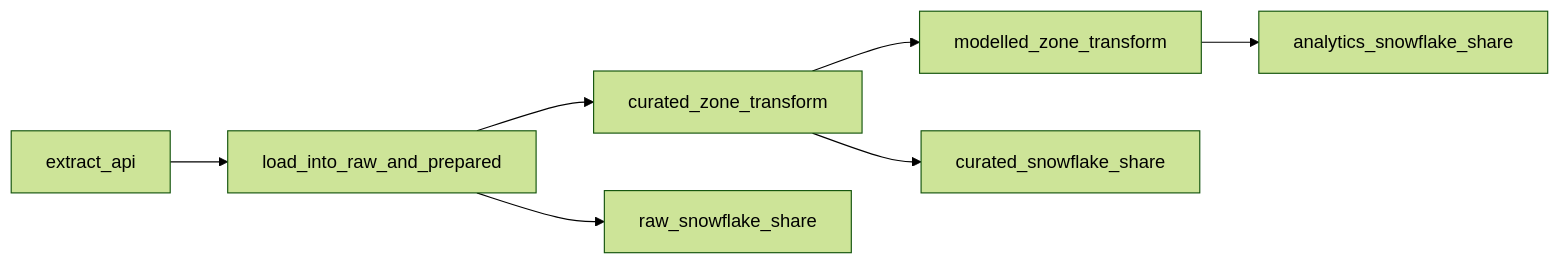
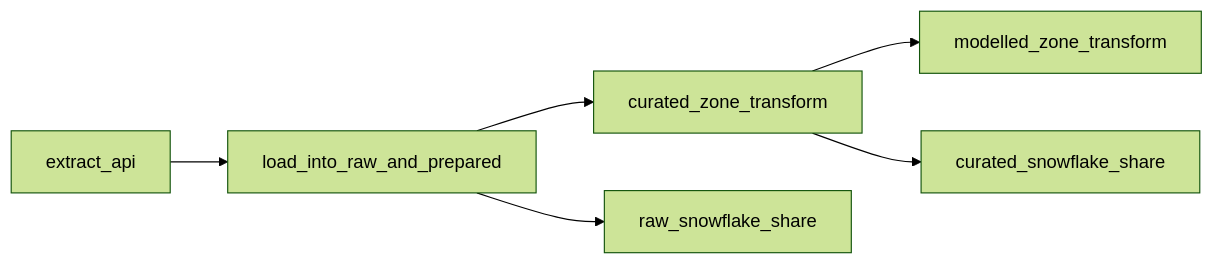
The second of 2 diagrams in README.md (vikneshwara-r-b/databricks-snowflake-iceberg-federation), drawn with Mermaid (forest theme) before and after one commit. The commit also changed other lines of this file and 25 other files, not shown here.

````diff
--- a/README.md
+++ b/README.md
@@ -23,9 +27,8 @@
 ```mermaid
 flowchart LR
     T1[extract_api] --> T2[load_into_raw_and_prepared]
     T2 --> T3[curated_zone_transform]
     T2 --> S1[raw_snowflake_share]
     T3 --> T4[modelled_zone_transform]
     T3 --> S2[curated_snowflake_share]
-    T4 --> S3[analytics_snowflake_share]
 ```
````
